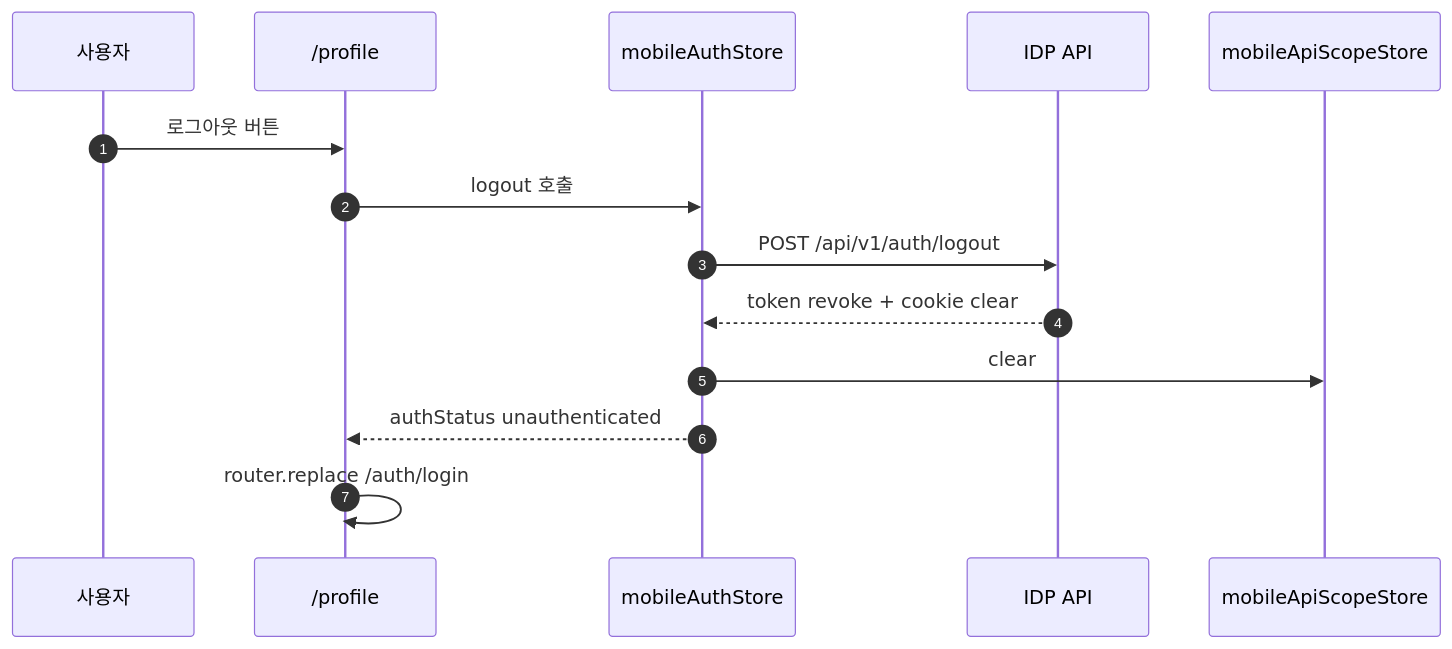
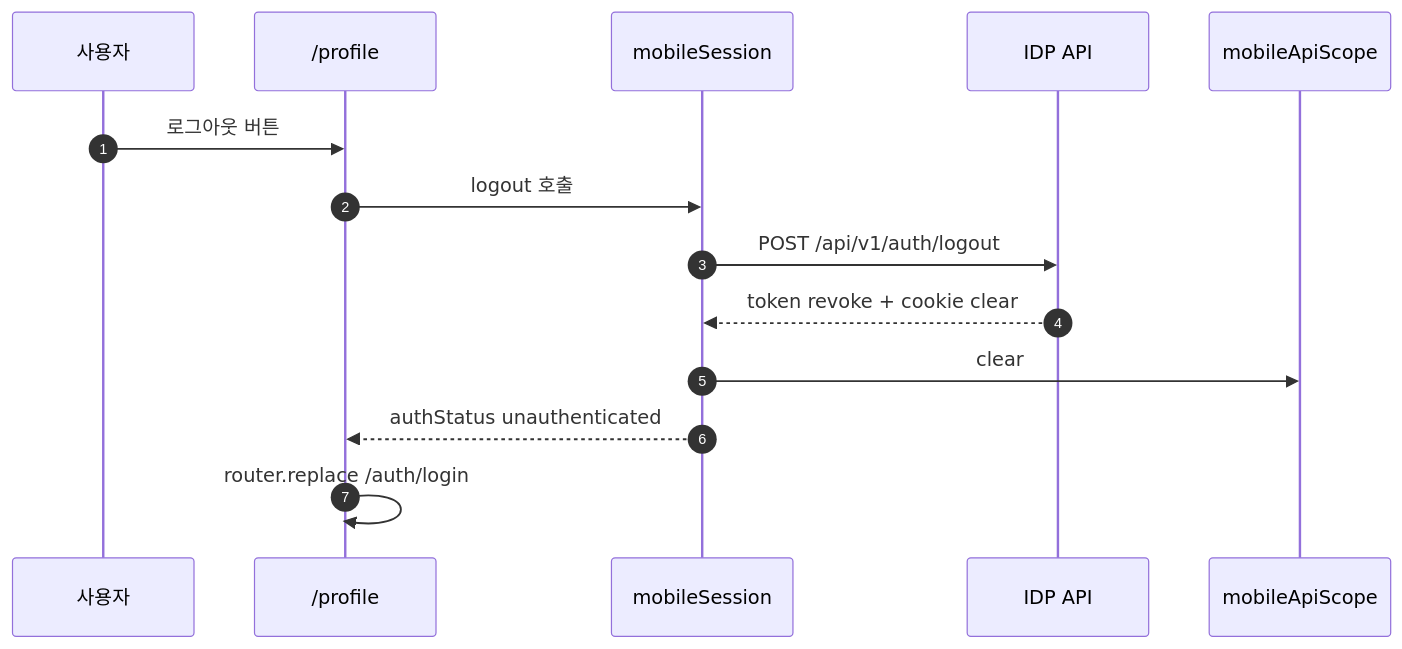
Before and after one commit to kimjoongwon/prj-core: the fourth of 4 diagrams in docs/mobile-oidc-flow.guide.md, drawn with Mermaid. The commit also changed other lines of this file and 1126 other files, not shown here.

````diff
--- a/docs/mobile-oidc-flow.guide.md
+++ b/docs/mobile-oidc-flow.guide.md
@@ -370,17 +370,17 @@
 ```mermaid
 sequenceDiagram
   autonumber
   participant User as 사용자
   participant Profile as /profile
-  participant Store as mobileAuthStore
+  participant Session as mobileSession
   participant IDP as IDP API
-  participant Scope as mobileApiScopeStore
+  participant Scope as mobileApiScope
 
   User->>Profile: 로그아웃 버튼
-  Profile->>Store: logout 호출
-  Store->>IDP: POST /api/v1/auth/logout
-  IDP-->>Store: token revoke + cookie clear
-  Store->>Scope: clear
-  Store-->>Profile: authStatus unauthenticated
+  Profile->>Session: logout 호출
+  Session->>IDP: POST /api/v1/auth/logout
+  IDP-->>Session: token revoke + cookie clear
+  Session->>Scope: clear
+  Session-->>Profile: authStatus unauthenticated
   Profile->>Profile: router.replace /auth/login
 ```
````
